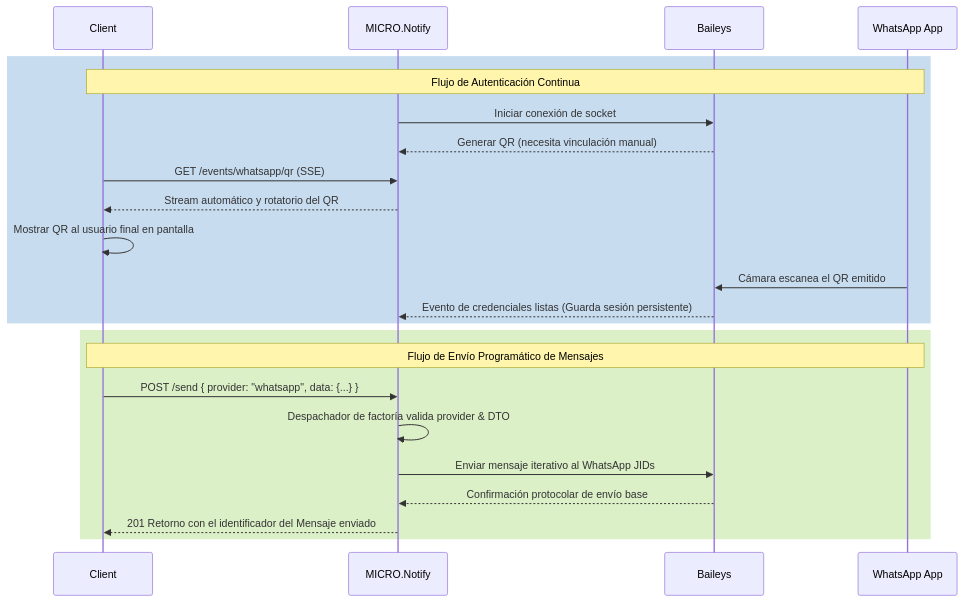
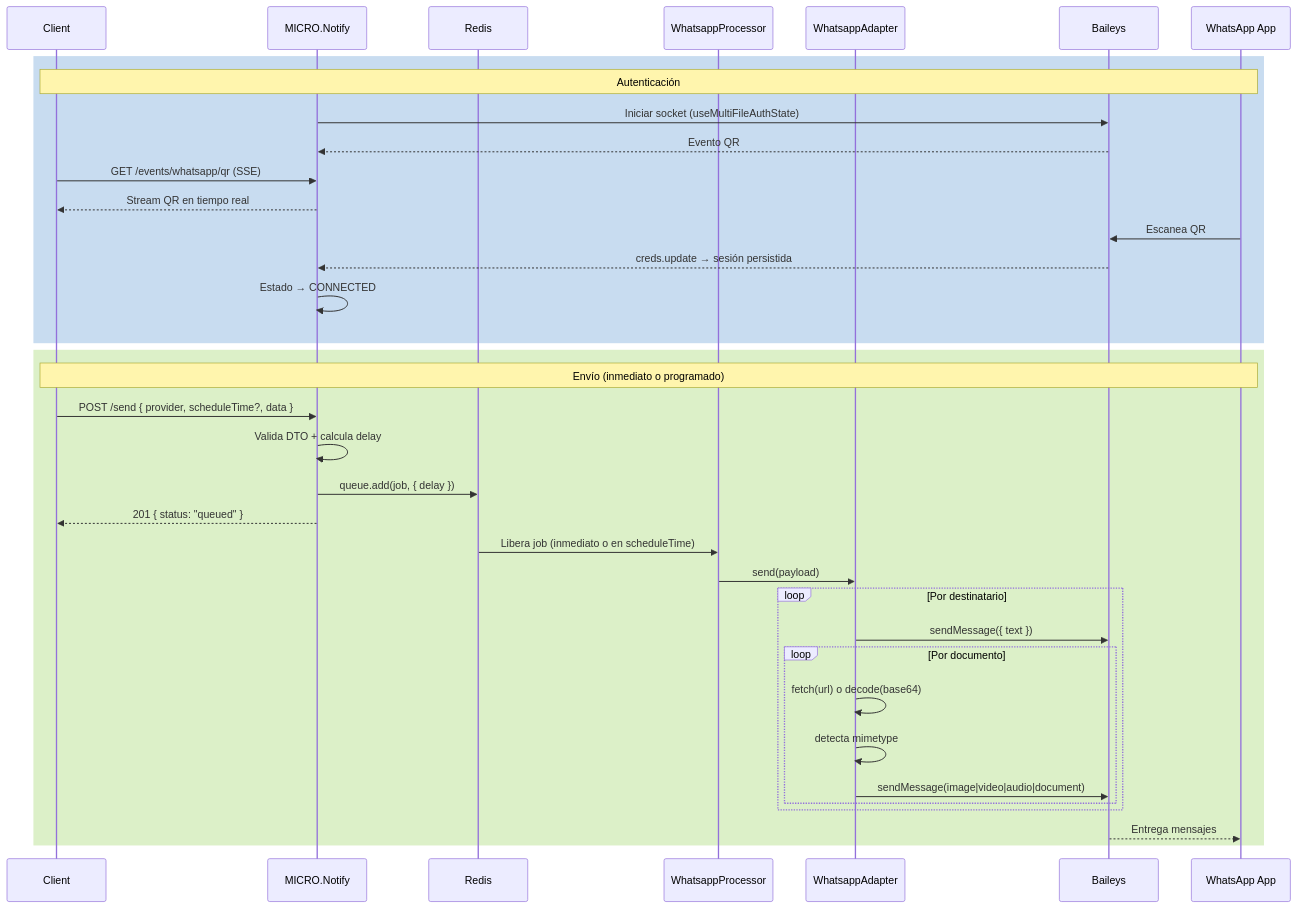
Before and after one commit to MarcosPD3008/notify-hub: the diagram in flows/whatsapp.md, drawn with Mermaid. The commit also changed other lines of this file and 9 other files, not shown here.

Commit message:
feat: Enhance WhatsApp integration with scheduled message sending and document support

````diff
--- a/flows/whatsapp.md
+++ b/flows/whatsapp.md
@@ -32,29 +113,42 @@
 ```mermaid
 sequenceDiagram
     participant Client
     participant Service as MICRO.Notify
+    participant Redis
+    participant Worker as WhatsappProcessor
+    participant Adapter as WhatsappAdapter
     participant Baileys
-    participant WhatsApp App
+    participant WA as WhatsApp App
 
     %% Autenticación
     rect rgb(200, 220, 240)
-    Note over Client, WhatsApp App: Flujo de Autenticación Continua
-    Service->>Baileys: Iniciar conexión de socket
-    Baileys-->>Service: Generar QR (necesita vinculación manual)
+    Note over Client,WA: Autenticación
+    Service->>Baileys: Iniciar socket (useMultiFileAuthState)
+    Baileys-->>Service: Evento QR
     Client->>Service: GET /events/whatsapp/qr (SSE)
-    Service-->>Client: Stream automático y rotatorio del QR
-    Client->>Client: Mostrar QR al usuario final en pantalla
-    WhatsApp App->>Baileys: Cámara escanea el QR emitido
-    Baileys-->>Service: Evento de credenciales listas (Guarda sesión persistente)
+    Service-->>Client: Stream QR en tiempo real
+    WA->>Baileys: Escanea QR
+    Baileys-->>Service: creds.update → sesión persistida
+    Service->>Service: Estado → CONNECTED
     end
 
     %% Envío
     rect rgb(220, 240, 200)
-    Note over Client, WhatsApp App: Flujo de Envío Programático de Mensajes 
-    Client->>Service: POST /send { provider: "whatsapp", data: {...} }
-    Service->>Service: Despachador de factoría valida provider & DTO
-    Service->>Baileys: Enviar mensaje iterativo al WhatsApp JIDs
-    Baileys-->>Service: Confirmación protocolar de envío base
-    Service-->>Client: 201 Retorno con el identificador del Mensaje enviado
+    Note over Client,WA: Envío (inmediato o programado)
+    Client->>Service: POST /send { provider, scheduleTime?, data }
+    Service->>Service: Valida DTO + calcula delay
+    Service->>Redis: queue.add(job, { delay })
+    Service-->>Client: 201 { status: "queued" }
+    Redis->>Worker: Libera job (inmediato o en scheduleTime)
+    Worker->>Adapter: send(payload)
+    loop Por destinatario
+        Adapter->>Baileys: sendMessage({ text })
+        loop Por documento
+            Adapter->>Adapter: fetch(url) o decode(base64)
+            Adapter->>Adapter: detecta mimetype
+            Adapter->>Baileys: sendMessage(image|video|audio|document)
+        end
+    end
+    Baileys-->>WA: Entrega mensajes
     end
 ```
````
